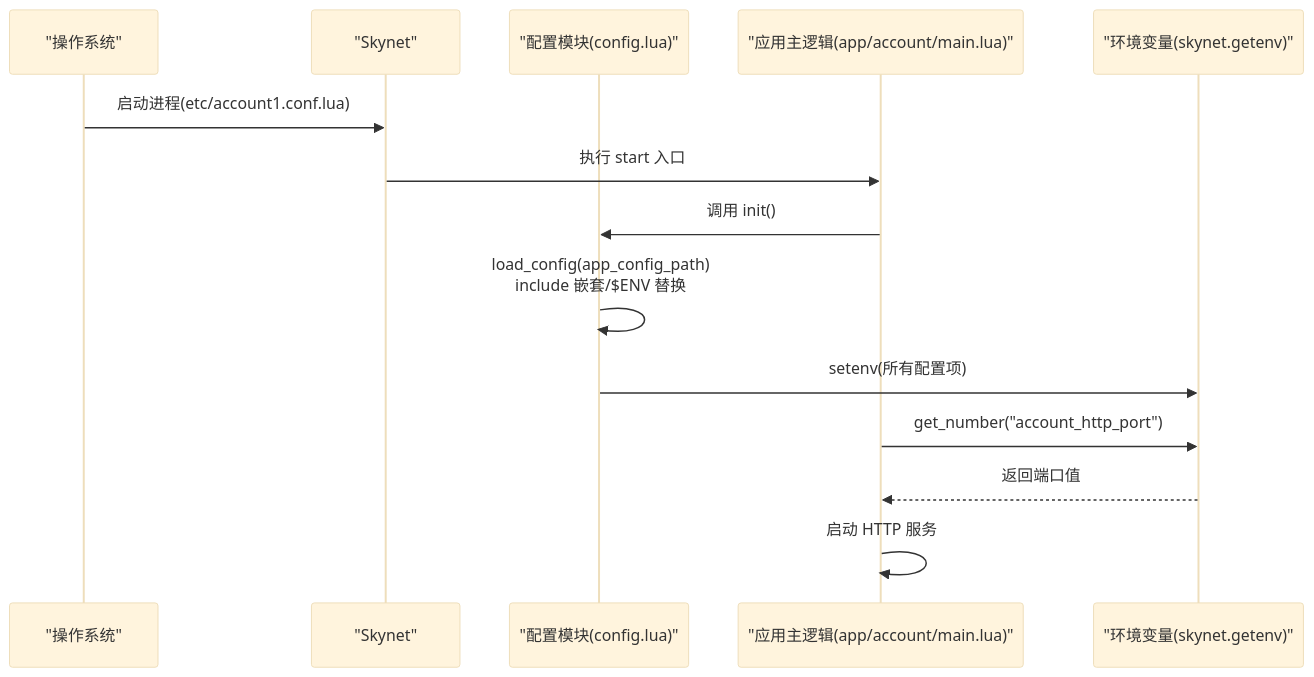
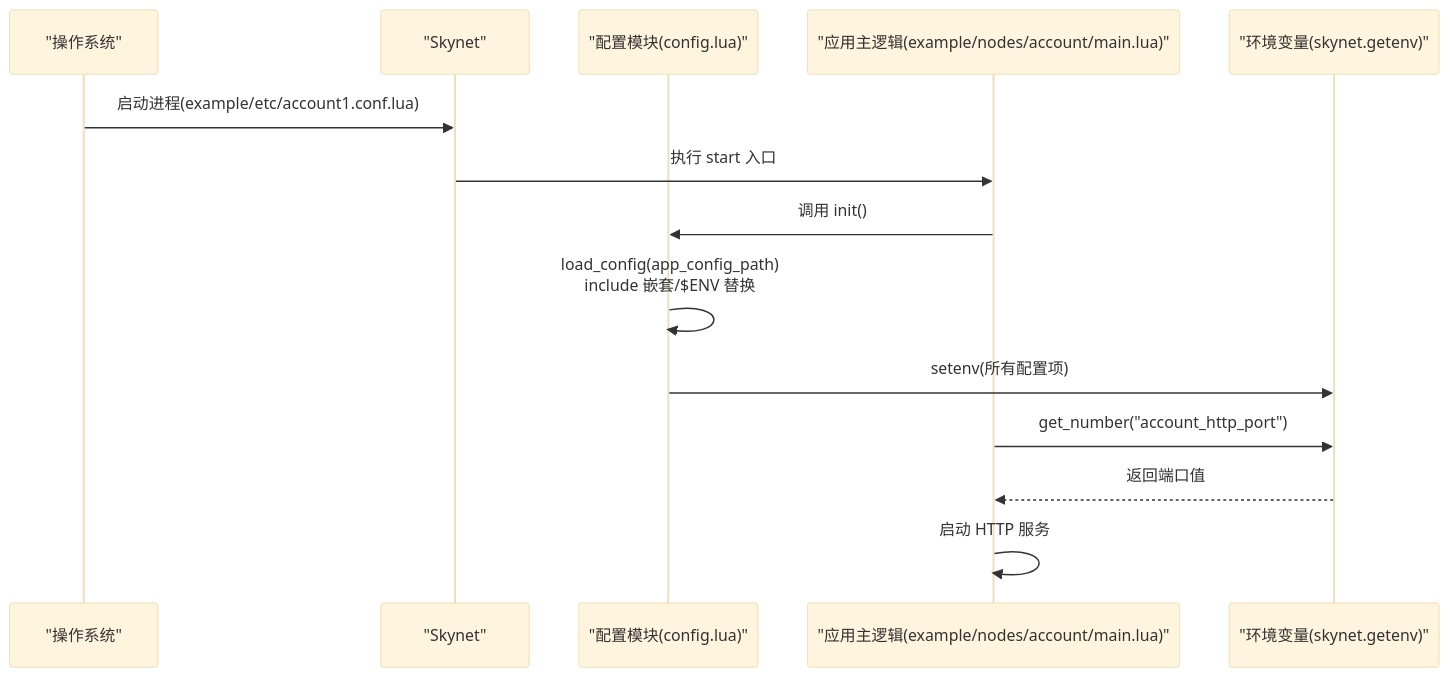
Before and after one commit to hanxi/skyext: the second of 6 diagrams in docs/repowiki/zh/content/核心模块/配置管理系统.md, drawn with Mermaid (base theme). The commit also changed other lines of this file and 117 other files, not shown here.

````diff
--- a/docs/repowiki/zh/content/核心模块/配置管理系统.md
+++ b/docs/repowiki/zh/content/核心模块/配置管理系统.md
@@ -96,16 +96,16 @@
 ```mermaid
 sequenceDiagram
 participant OS as "操作系统"
 participant SKY as "Skynet"
 participant CFG as "配置模块(config.lua)"
-participant APP as "应用主逻辑(app/account/main.lua)"
+participant APP as "应用主逻辑(example/nodes/account/main.lua)"
 participant ENV as "环境变量(skynet.getenv)"
-OS->>SKY : 启动进程(etc/account1.conf.lua)
+OS->>SKY : 启动进程(example/etc/account1.conf.lua)
 SKY->>APP : 执行 start 入口
 APP->>CFG : 调用 init()
 CFG->>CFG : load_config(app_config_path)<br/>include 嵌套/$ENV 替换
 CFG->>ENV : setenv(所有配置项)
 APP->>ENV : get_number("account_http_port")
 ENV-->>APP : 返回端口值
 APP->>APP : 启动 HTTP 服务
 ```
````
